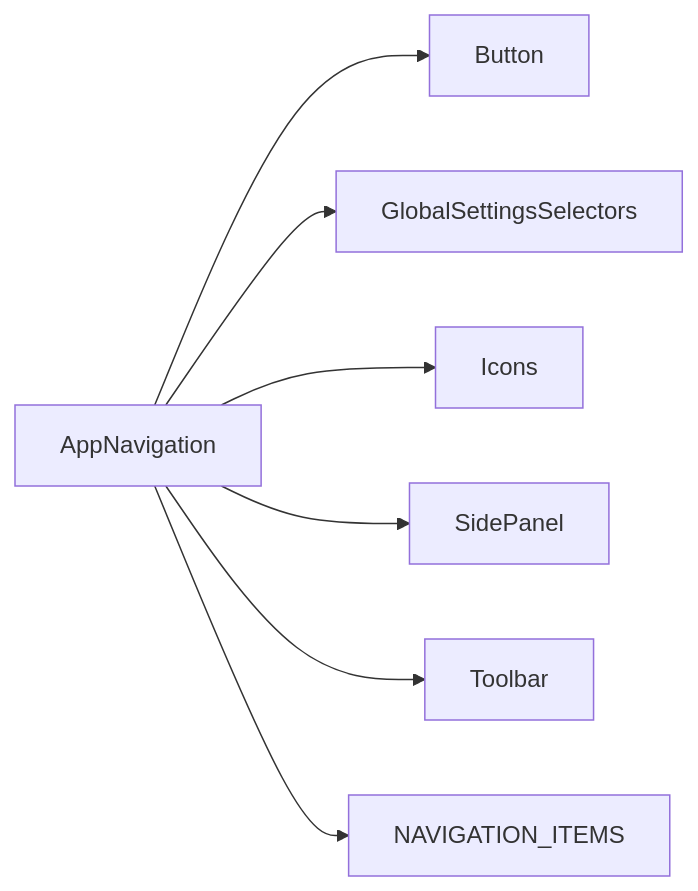
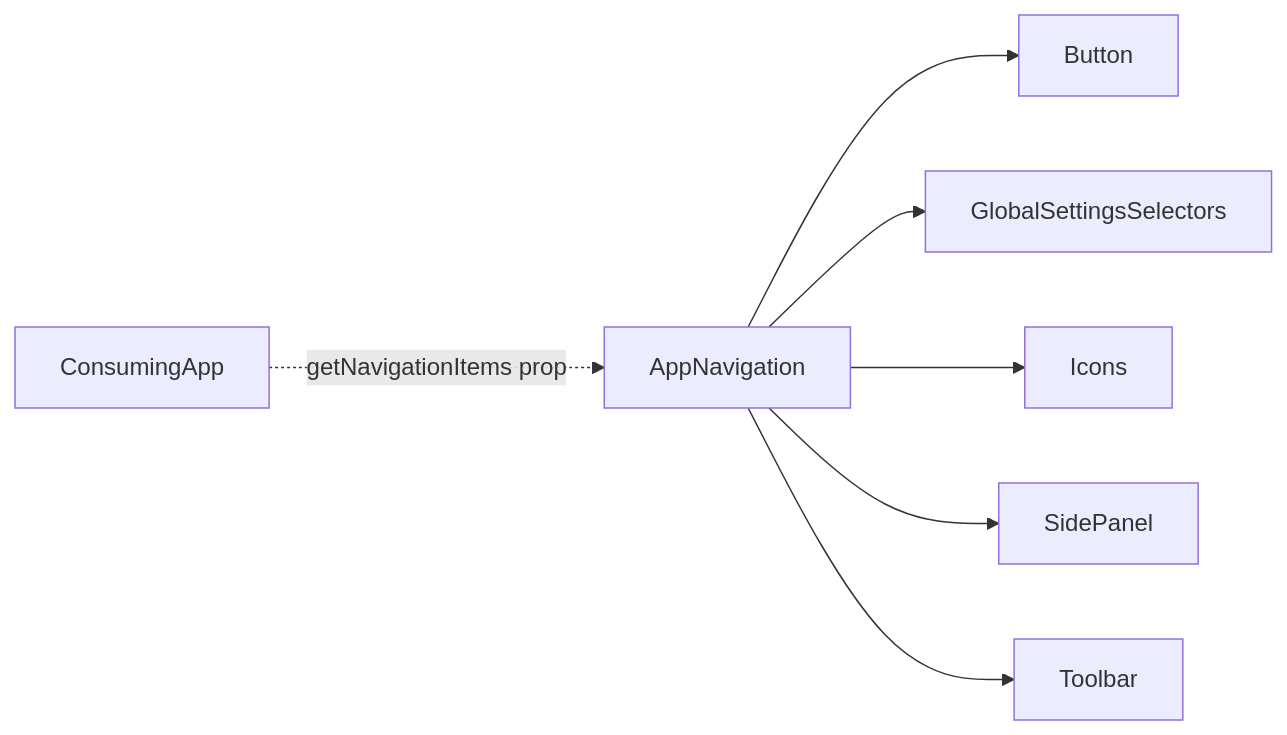
The first of 2 diagrams in packages/ui/src/components/AppNavigation/ARCHITECTURE.md (luciocabrera/lcabrera-stack), drawn with Mermaid before and after one commit. The commit also changed other lines of this file and 43 other files, not shown here.

````diff
--- a/packages/ui/src/components/AppNavigation/ARCHITECTURE.md
+++ b/packages/ui/src/components/AppNavigation/ARCHITECTURE.md
@@ -20,9 +20,9 @@
 ```mermaid
 graph LR
   AppNavigation --> Button
   AppNavigation --> GlobalSettingsSelectors
   AppNavigation --> Icons
   AppNavigation --> SidePanel
   AppNavigation --> Toolbar
-  AppNavigation --> NAVIGATION_ITEMS
+  ConsumingApp -. "getNavigationItems prop" .-> AppNavigation
 ```
````
